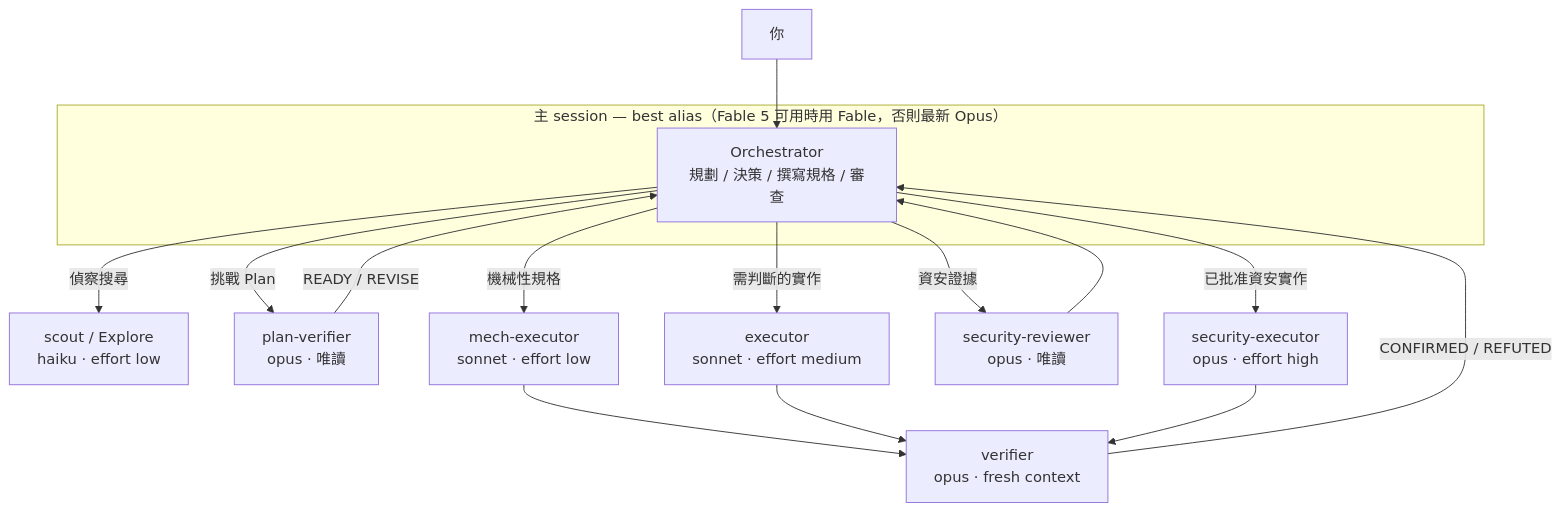
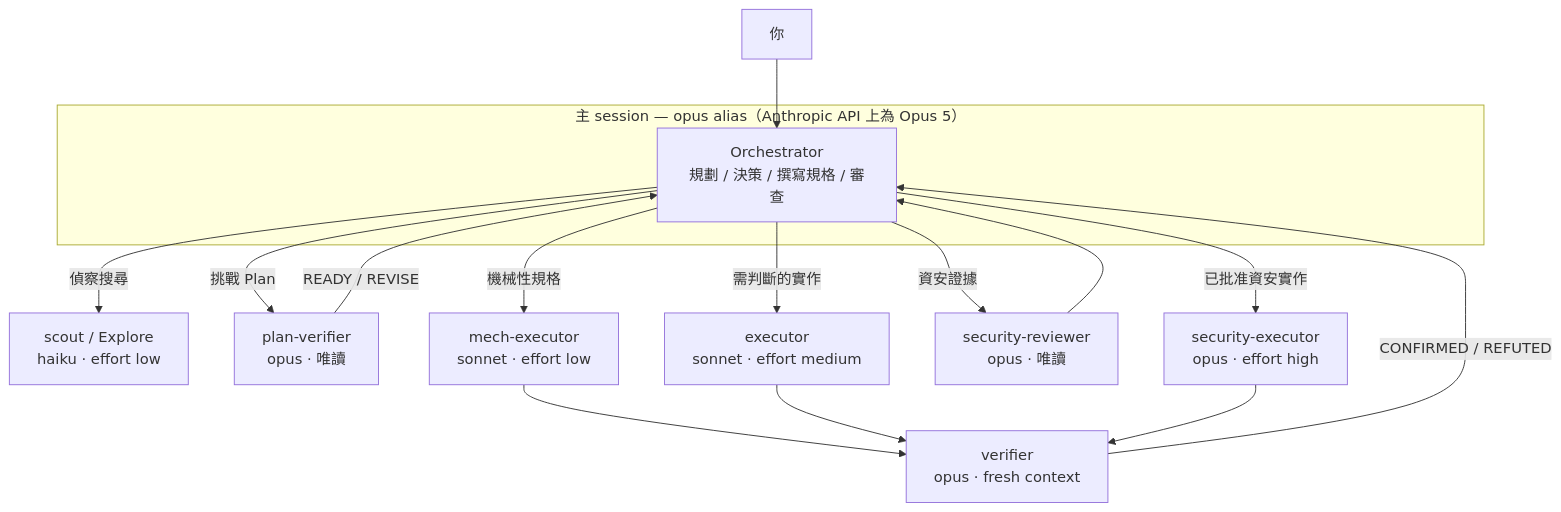
One commit to Nanako0129/pilotfish changed the diagram in README.zh-TW.md. Above: the diagram before and after it, drawn with Mermaid. The commit also changed other lines of this file and 8 other files, not shown here.

````diff
--- a/README.zh-TW.md
+++ b/README.zh-TW.md
@@ -60,19 +62,19 @@
 ```mermaid
 flowchart TD
     U[你] --> O
-    subgraph MAIN["主 session — best alias（Fable 5 可用時用 Fable，否則最新 Opus）"]
+    subgraph MAIN["主 session — opus alias（Anthropic API 上為 Opus 5）"]
         O["Orchestrator<br>規劃 / 決策 / 撰寫規格 / 審查"]
     end
     O -->|偵察搜尋| S["scout / Explore<br>haiku · effort low"]
     O -->|挑戰 Plan| PV["plan-verifier<br>opus · 唯讀"]
     PV -->|READY / REVISE| O
     O -->|機械性規格| M["mech-executor<br>sonnet · effort low"]
     O -->|需判斷的實作| E["executor<br>sonnet · effort medium"]
     O -->|資安證據| SR["security-reviewer<br>opus · 唯讀"]
     SR --> O
     O -->|已批准資安實作| SEC["security-executor<br>opus · effort high"]
     M --> V["verifier<br>opus · fresh context"]
     E --> V
     SEC --> V
     V -->|CONFIRMED / REFUTED| O
 ```
````
